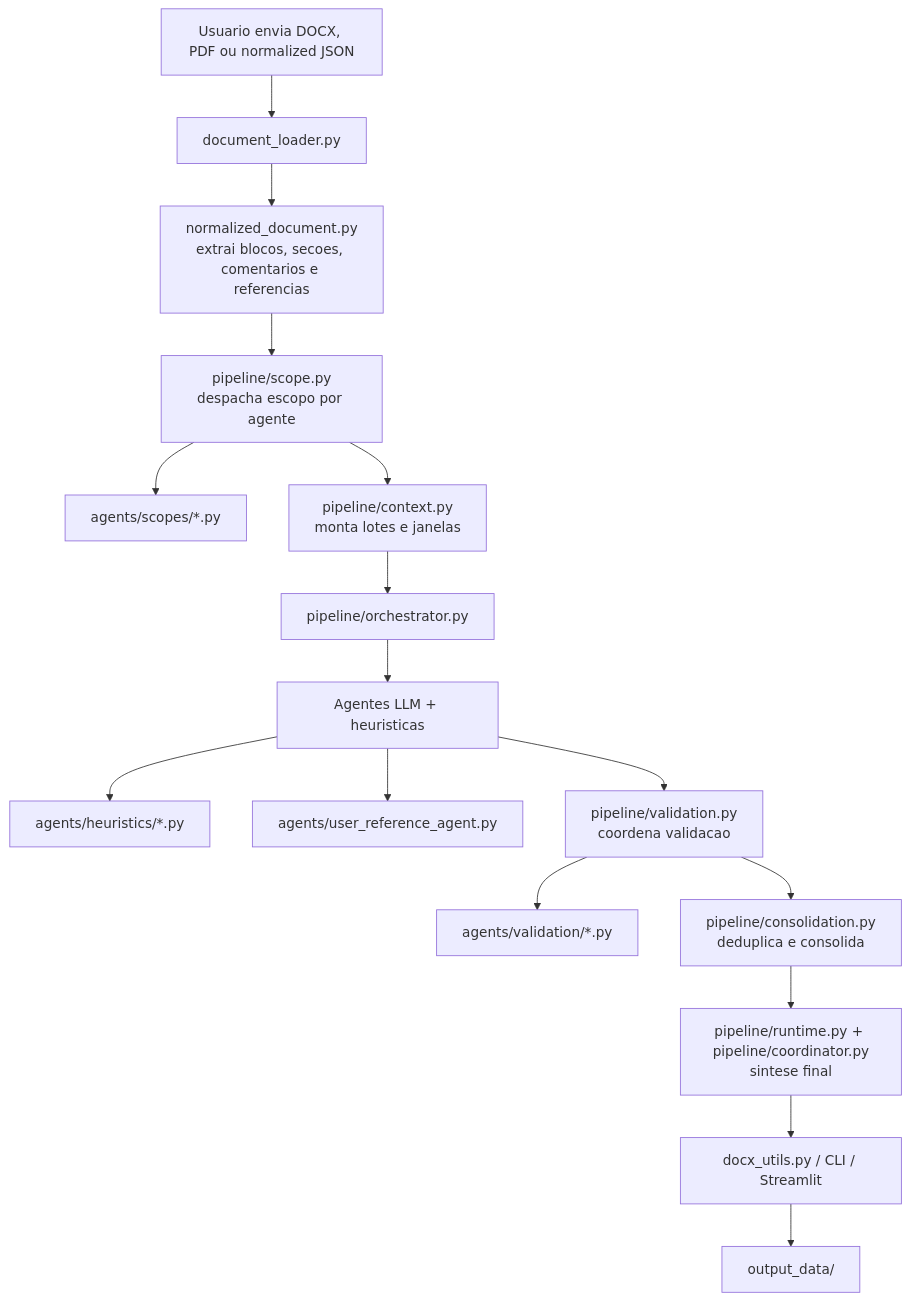
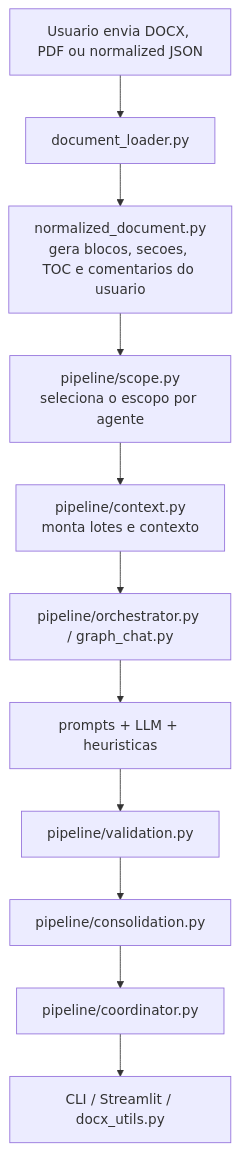
One commit to ipeadata-lab/Editorial_IPEA_IA changed the first of 2 diagrams in README.md. Above: the diagram before and after it, drawn with Mermaid. The commit also changed other lines of this file and 82 other files, not shown here.

````diff
--- a/README.md
+++ b/README.md
@@ -106,18 +130,13 @@
 ```mermaid
 flowchart TD
     A["Usuario envia DOCX, PDF ou normalized JSON"] --> B["document_loader.py"]
-    B --> C["normalized_document.py<br/>extrai blocos, secoes, comentarios e referencias"]
-    C --> D["pipeline/scope.py<br/>despacha escopo por agente"]
-    D --> D1["agents/scopes/*.py"]
-    D --> E["pipeline/context.py<br/>monta lotes e janelas"]
-    E --> F["pipeline/orchestrator.py"]
-    F --> G["Agentes LLM + heuristicas"]
-    G --> G1["agents/heuristics/*.py"]
-    G --> G2["agents/user_reference_agent.py"]
-    G --> H["pipeline/validation.py<br/>coordena validacao"]
-    H --> H1["agents/validation/*.py"]
-    H --> I["pipeline/consolidation.py<br/>deduplica e consolida"]
-    I --> J["pipeline/runtime.py + pipeline/coordinator.py<br/>sintese final"]
-    J --> K["docx_utils.py / CLI / Streamlit"]
-    K --> L["output_data/<artefatos>"]
+    B --> C["normalized_document.py<br/>gera blocos, secoes, TOC e comentarios do usuario"]
+    C --> D["pipeline/scope.py<br/>seleciona o escopo por agente"]
+    D --> E["pipeline/context.py<br/>monta lotes e contexto"]
+    E --> F["pipeline/orchestrator.py / graph_chat.py"]
+    F --> G["prompts + LLM + heuristicas"]
+    G --> H["pipeline/validation.py"]
+    H --> I["pipeline/consolidation.py"]
+    I --> J["pipeline/coordinator.py"]
+    J --> K["CLI / Streamlit / docx_utils.py"]
 ```
````
